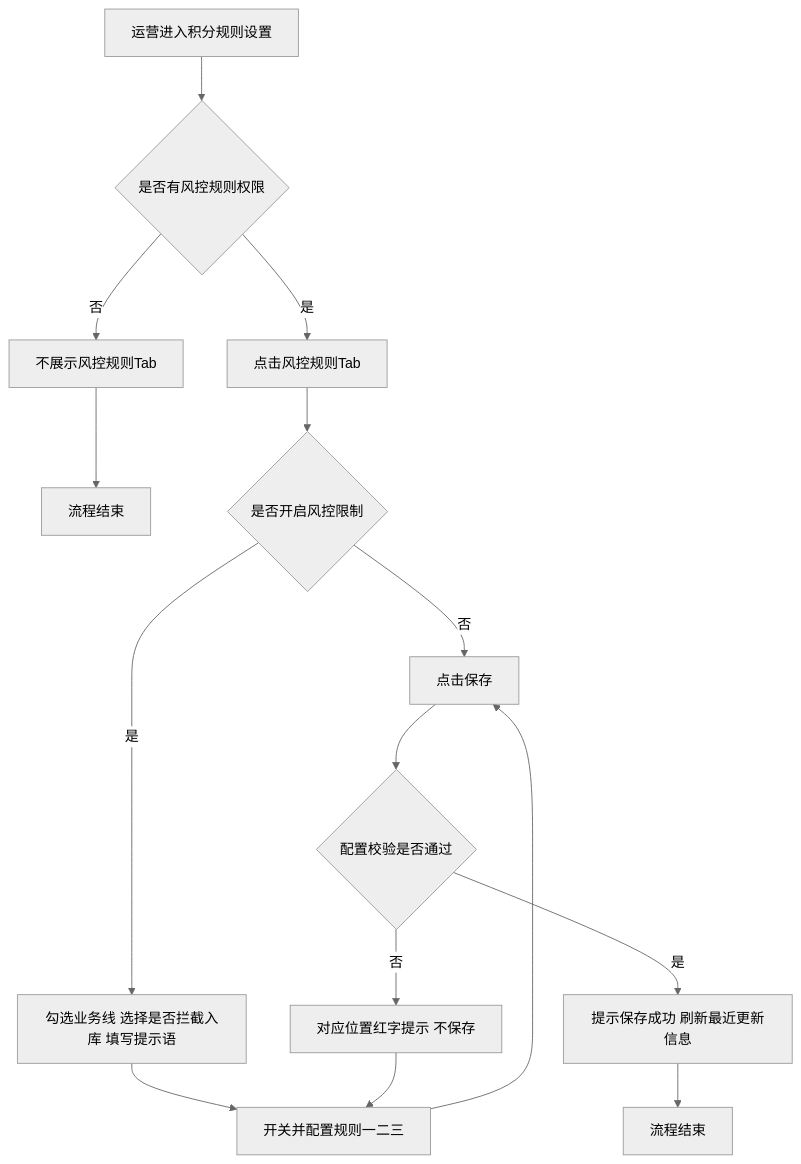
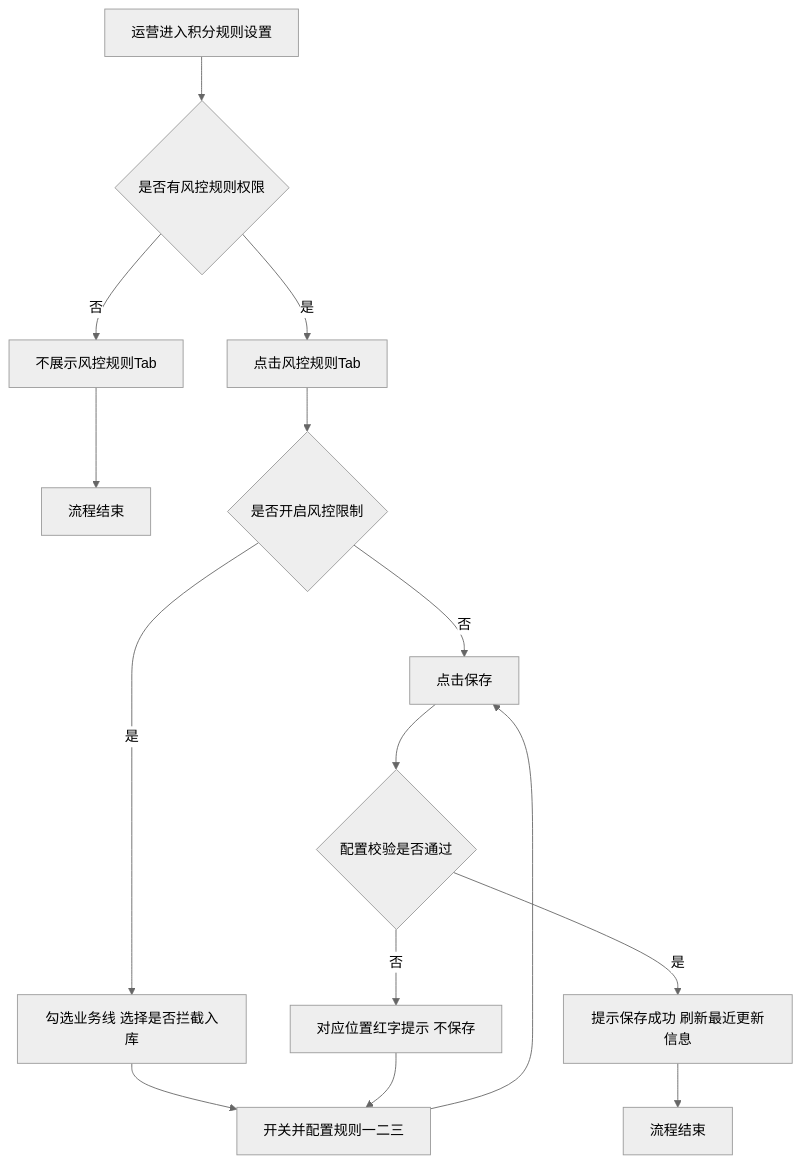
Before and after one commit to Yping-98/prototypes: the first of 2 diagrams in point-rule-risk-control/PRD-积分规则设置新增风控规则.md, drawn with Mermaid (neutral theme). The commit also changed other lines of this file and 1 other file, not shown here.

````diff
--- a/point-rule-risk-control/PRD-积分规则设置新增风控规则.md
+++ b/point-rule-risk-control/PRD-积分规则设置新增风控规则.md
@@ -42,17 +44,17 @@
 ```mermaid
 flowchart TD
     A[运营进入积分规则设置] --> B{是否有风控规则权限}
     B -->|否| C[不展示风控规则Tab]
     C --> E1[流程结束]
     B -->|是| D[点击风控规则Tab]
     D --> F{是否开启风控限制}
     F -->|否| G[点击保存]
-    F -->|是| H[勾选业务线 选择是否拦截入库 填写提示语]
+    F -->|是| H[勾选业务线 选择是否拦截入库]
     H --> I[开关并配置规则一二三]
     I --> G
     G --> J{配置校验是否通过}
     J -->|否| K[对应位置红字提示 不保存]
     K --> I
     J -->|是| L[提示保存成功 刷新最近更新信息]
     L --> E2[流程结束]
 ```
````
